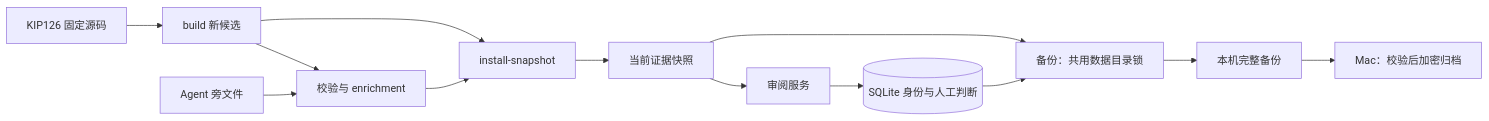
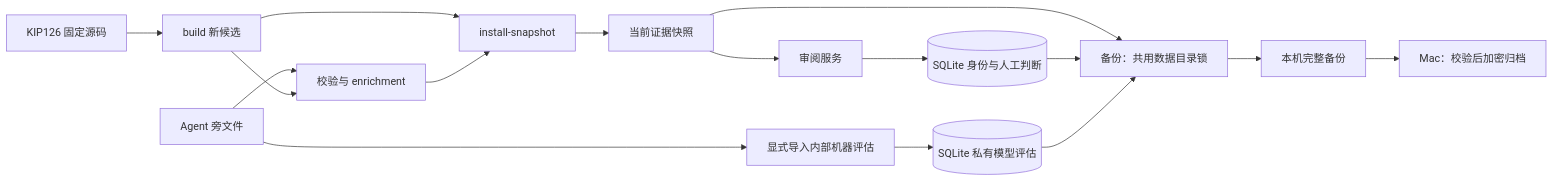
The diagram in review_app/STORAGE.md (SII-MATH/Formaliscope), drawn with Mermaid before and after one commit. The commit also changed other lines of this file and 31 other files, not shown here.

````diff
--- a/review_app/STORAGE.md
+++ b/review_app/STORAGE.md
@@ -14,15 +15,18 @@
 ```mermaid
 flowchart LR
   S[KIP126 固定源码] --> B[build 新候选]
   A[Agent 旁文件] --> E[校验与 enrichment]
   B --> E
   B --> I[install-snapshot]
   E --> I
+  A --> P[显式导入内部机器评估]
+  P --> M[(SQLite 私有模型评估)]
   I --> C[当前证据快照]
   C --> V[审阅服务]
   V --> D[(SQLite 身份与人工判断)]
   C --> K[备份：共用数据目录锁]
   D --> K
+  M --> K
   K --> L[本机完整备份]
   L --> O[Mac：校验后加密归档]
 ```
````
